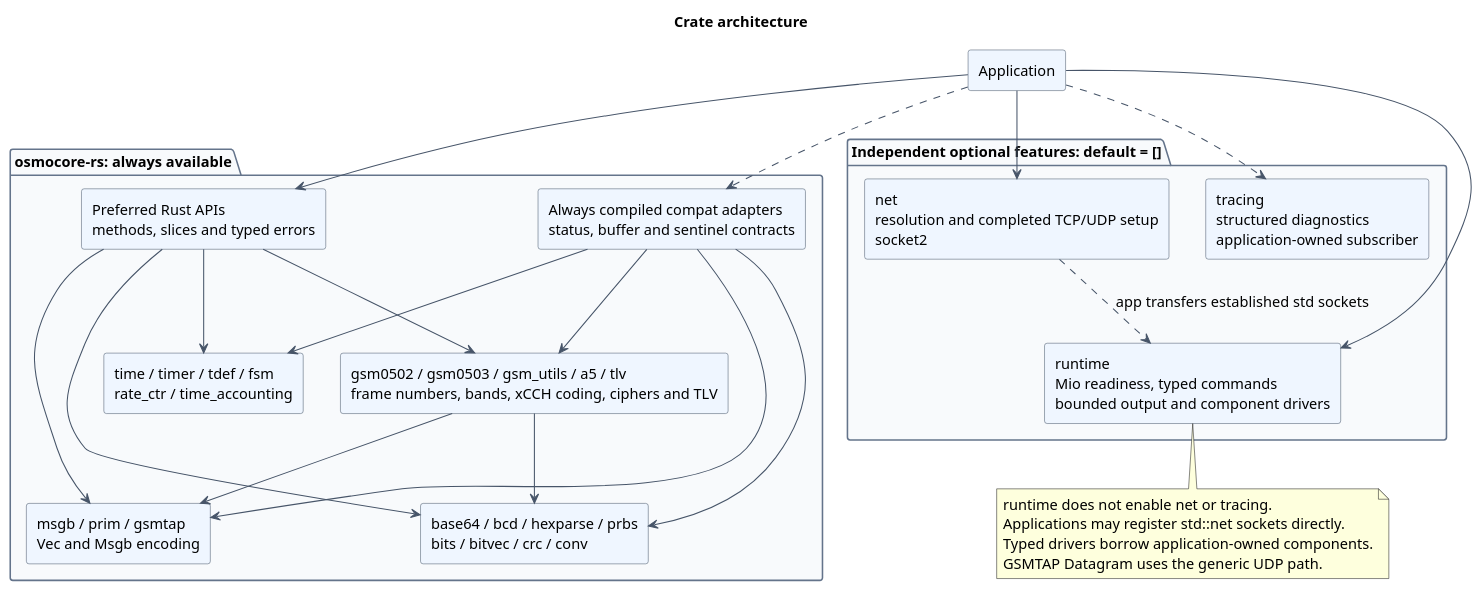
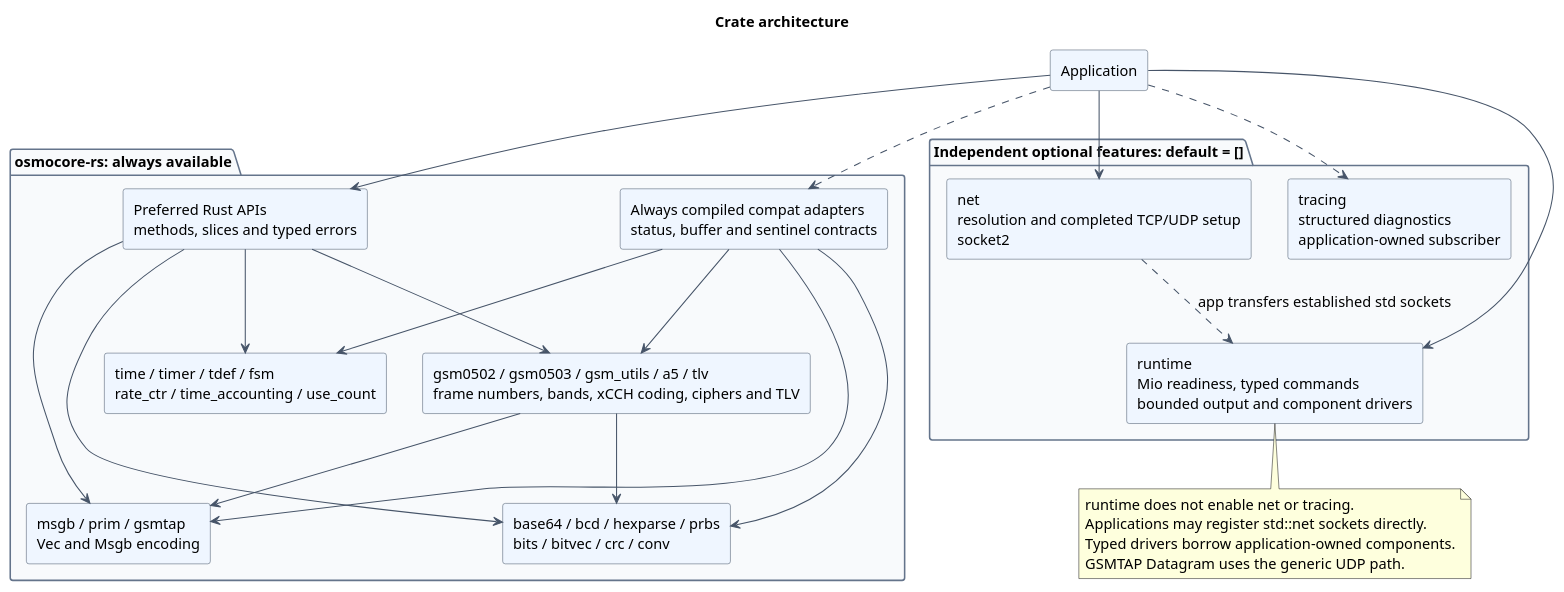
The diagram in docs/architecture/diagrams/src/crate-architecture.puml (Silent-Wolf-Labs/osmocore-rs), drawn with PlantUML before and after one commit. The commit also changed 9 other files, not shown here.

```diff
--- a/docs/architecture/diagrams/src/crate-architecture.puml
+++ b/docs/architecture/diagrams/src/crate-architecture.puml
@@ -1,50 +1,50 @@
 @startuml
 title Crate architecture
 skinparam backgroundColor white
 skinparam shadowing false
 skinparam componentStyle rectangle
 skinparam defaultFontName SansSerif
 skinparam defaultFontSize 14
 skinparam ArrowColor #475569
 skinparam componentBackgroundColor #EFF6FF
 skinparam componentBorderColor #475569
 skinparam packageBackgroundColor #F8FAFC
 skinparam packageBorderColor #64748B
 top to bottom direction
 component "Application" as app
 package "osmocore-rs: always available" {
 component "Preferred Rust APIs\nmethods, slices and typed errors" as preferred
 component "Always compiled compat adapters\nstatus, buffer and sentinel contracts" as compat
 component "base64 / bcd / hexparse / prbs\nbits / bitvec / crc / conv" as utilities
 component "gsm0502 / gsm0503 / gsm_utils / a5 / tlv\nframe numbers, bands, xCCH coding, ciphers and TLV" as gsm
 component "msgb / prim / gsmtap\nVec and Msgb encoding" as messages
-component "time / timer / tdef / fsm\nrate_ctr / time_accounting" as components
+component "time / timer / tdef / fsm\nrate_ctr / time_accounting / use_count" as components
 }
 package "Independent optional features: default = []" {
 component "net\nresolution and completed TCP/UDP setup\nsocket2" as net
 component "runtime\nMio readiness, typed commands\nbounded output and component drivers" as runtime
 component "tracing\nstructured diagnostics\napplication-owned subscriber" as tracing
 }
 app --> preferred
 app ..> compat
 preferred --> utilities
 preferred --> gsm
 preferred --> messages
 preferred --> components
 compat --> utilities
 compat --> gsm
 compat --> messages
 compat --> components
 gsm --> utilities
 gsm --> messages
 app --> net
 app --> runtime
 app ..> tracing
 net ..> runtime : app transfers established std sockets
 note bottom of runtime
 runtime does not enable net or tracing.
 Applications may register std::net sockets directly.
 Typed drivers borrow application-owned components.
 GSMTAP Datagram uses the generic UDP path.
 end note
 @enduml
```
